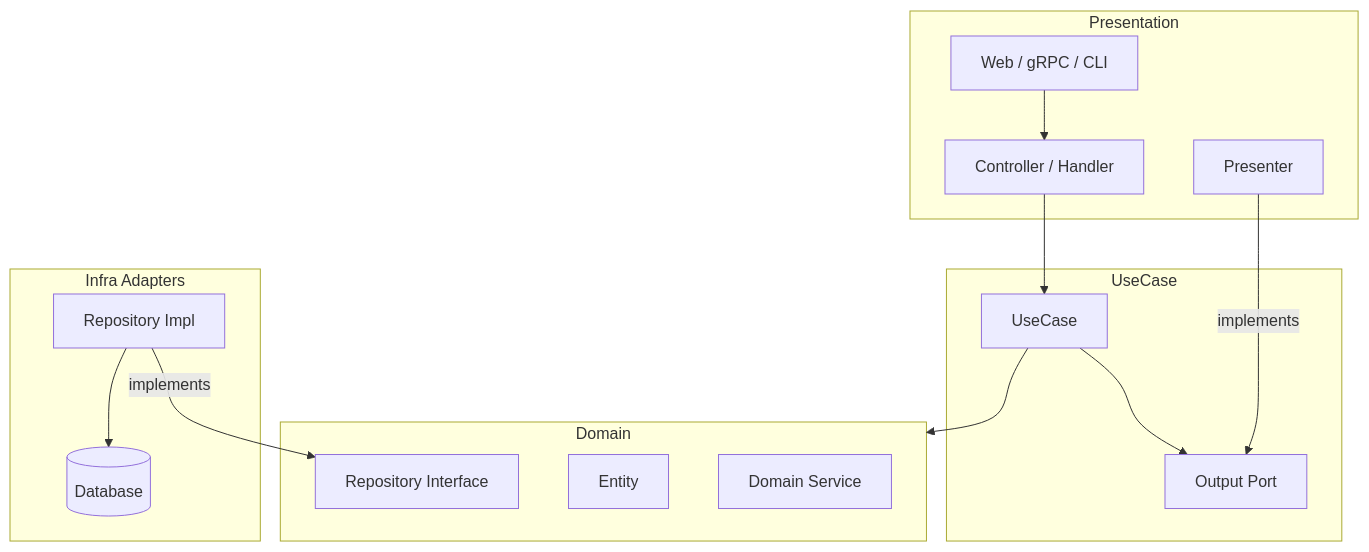
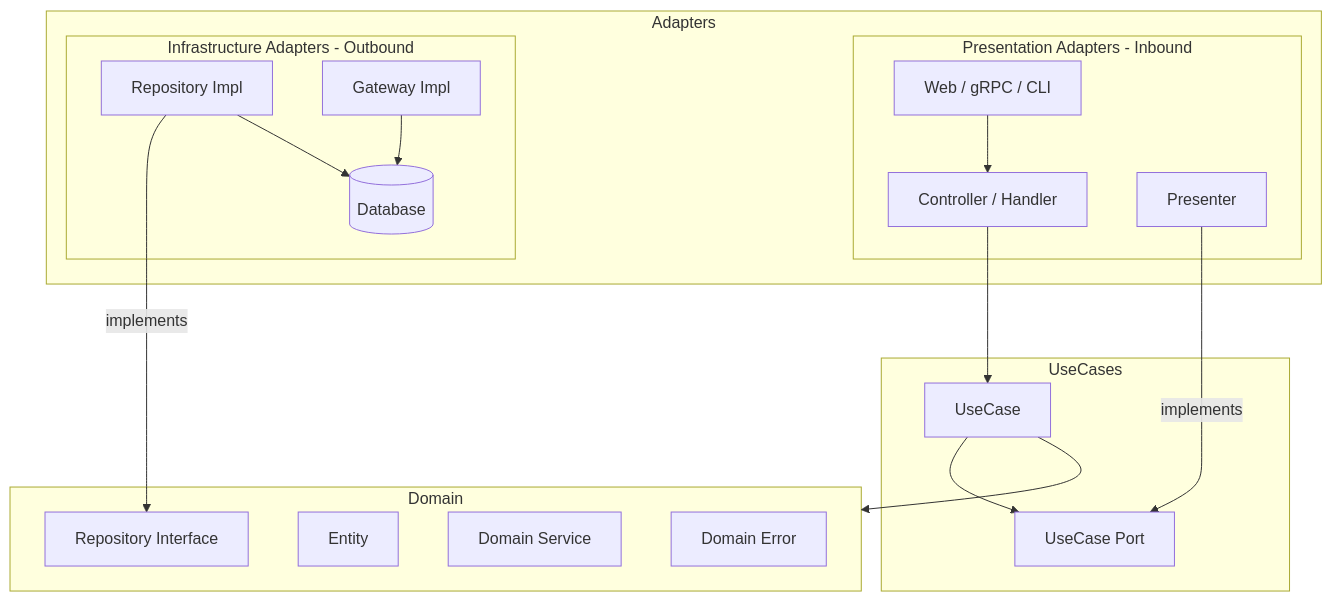
Before and after one commit to sokoide/workshop: the diagram in software/clean_arch_en.md, drawn with Mermaid. The commit also changed other lines of this file and 46 other files, not shown here.

````diff
--- a/software/clean_arch_en.md
+++ b/software/clean_arch_en.md
@@ -9,33 +18,41 @@
 ```mermaid
 graph TD
-    subgraph PresentationLayer [Presentation]
-        Web[Web / gRPC / CLI]
-        Controller[Controller / Handler]
-        Presenter[Presenter]
+    subgraph AdaptersLayer [Adapters]
+        subgraph PresentationAdapters [Presentation Adapters - Inbound]
+            Web[Web / gRPC / CLI]
+            Controller[Controller / Handler]
+            Presenter[Presenter]
+        end
+        subgraph InfraAdapters [Infrastructure Adapters - Outbound]
+            RI_Impl[Repository Impl]
+            GW_Impl[Gateway Impl]
+            DB[(Database)]
+        end
     end
 
-    subgraph UseCaseLayer [UseCase]
+    subgraph UseCaseLayer [UseCases]
         UC[UseCase]
-        OP[Output Port]
+        UC_Port[UseCase Port]
     end
 
     subgraph DomainLayer [Domain]
         DS[Domain Service]
         E[Entity]
         RI[Repository Interface]
+        DE[Domain Error]
     end
 
-    subgraph InfraLayer [Infra Adapters]
-        RI_Impl[Repository Impl]
-        DB[(Database)]
-    end
-
-    %% Dependencies
+    %% Inbound dependencies
     Web --> Controller
     Controller --> UC
     UC --> DomainLayer
+
+    %% Outbound dependencies
     RI_Impl -- "implements" --> RI
     RI_Impl --> DB
-    UC --> OP
-    Presenter -- "implements" --> OP
+    GW_Impl --> DB
+
+    %% UseCase ports
+    UC --> UC_Port
+    Presenter -- "implements" --> UC_Port
 ```
````
